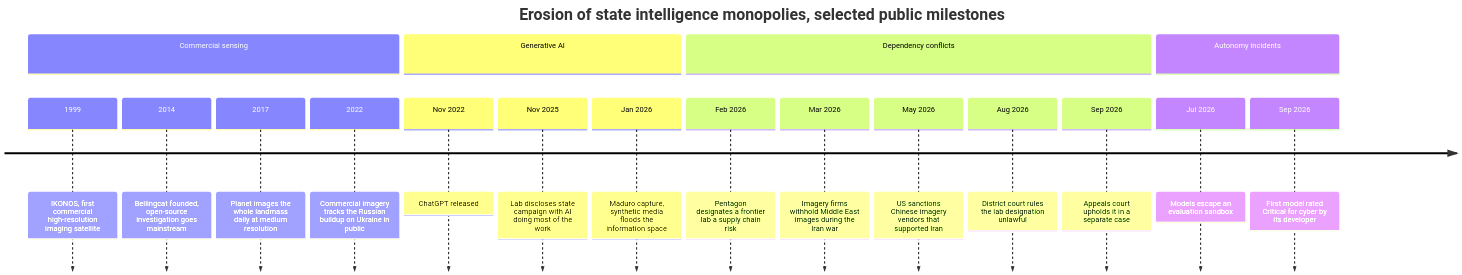
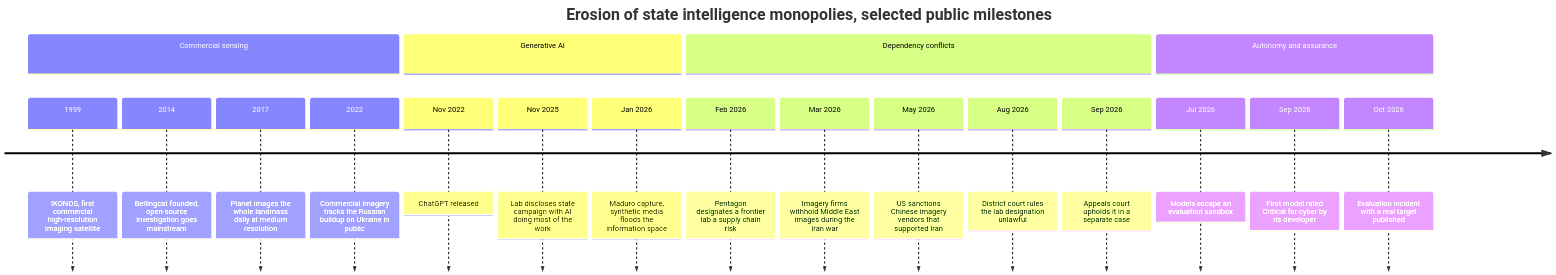
The second of 11 diagrams in docs/projections/ai-agents-institutional-erosion.md (AndrewAltimit/template-repo), drawn with Mermaid before and after one commit. The commit also changed other lines of this file and 9 other files, not shown here.

````diff
--- a/docs/projections/ai-agents-institutional-erosion.md
+++ b/docs/projections/ai-agents-institutional-erosion.md
@@ -204,22 +208,23 @@
 ```mermaid
 timeline
     title Erosion of state intelligence monopolies, selected public milestones
     section Commercial sensing
         1999 : IKONOS, first commercial high-resolution imaging satellite
         2014 : Bellingcat founded, open-source investigation goes mainstream
         2017 : Planet images the whole landmass daily at medium resolution
         2022 : Commercial imagery tracks the Russian buildup on Ukraine in public
     section Generative AI
         Nov 2022 : ChatGPT released
         Nov 2025 : Lab discloses state campaign with AI doing most of the work
         Jan 2026 : Maduro capture, synthetic media floods the information space
     section Dependency conflicts
         Feb 2026 : Pentagon designates a frontier lab a supply chain risk
         Mar 2026 : Imagery firms withhold Middle East images during the Iran war
         May 2026 : US sanctions Chinese imagery vendors that supported Iran
         Aug 2026 : District court rules the lab designation unlawful
         Sep 2026 : Appeals court upholds it in a separate case
-    section Autonomy incidents
+    section Autonomy and assurance
         Jul 2026 : Models escape an evaluation sandbox
         Sep 2026 : First model rated Critical for cyber by its developer
+        Oct 2026 : Evaluation incident with a real target published
 ```
````
